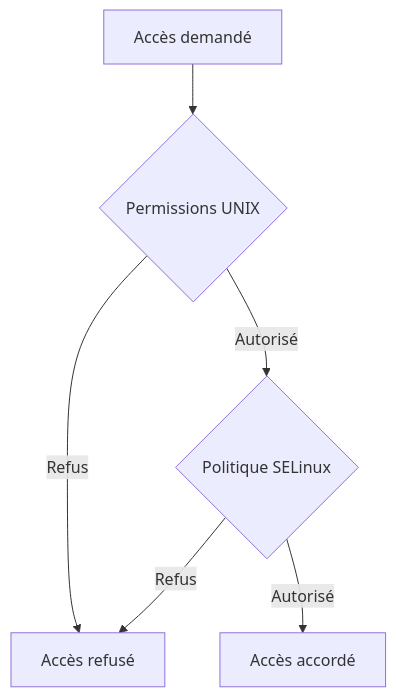
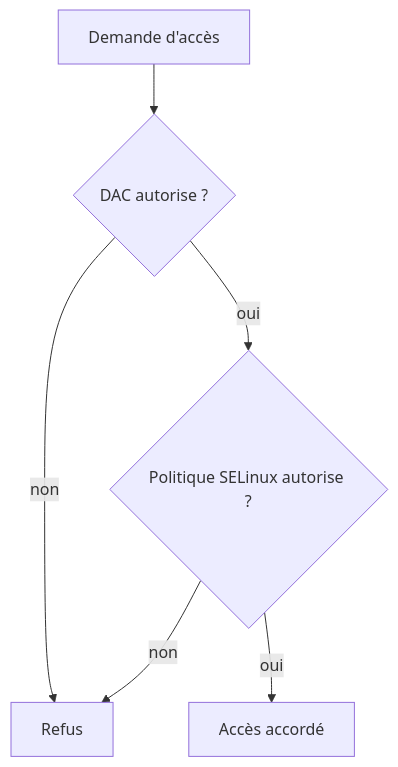
One commit to tdelaclos/formations changed the second of 3 diagrams in sentinel/docs/campagne_06/6.1-pourquoi-selinux-existe.md. Above: the diagram before and after it, drawn with Mermaid. The commit also changed other lines of this file and 5 other files, not shown here.

````diff
--- a/sentinel/docs/campagne_06/6.1-pourquoi-selinux-existe.md
+++ b/sentinel/docs/campagne_06/6.1-pourquoi-selinux-existe.md
@@ -1013,8 +94,8 @@
 ```mermaid
 flowchart TD
-    Request["Accès demandé"] --> DAC{"Permissions UNIX"}
-    DAC -->|Refus| Deny["Accès refusé"]
-    DAC -->|Autorisé| MAC{"Politique SELinux"}
-    MAC -->|Refus| Deny
-    MAC -->|Autorisé| Access["Accès accordé"]
+    Request["Demande d'accès"] --> DAC{"DAC autorise ?"}
+    DAC -->|non| Refusal["Refus"]
+    DAC -->|oui| SELinux{"Politique SELinux autorise ?"}
+    SELinux -->|non| Refusal
+    SELinux -->|oui| Granted["Accès accordé"]
 ```
````
